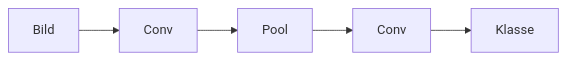
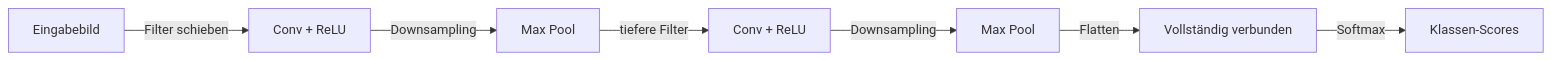
Before and after one commit to EmersonBraun/ai-summary-hub: the diagram in i18n/de/docusaurus-plugin-content-docs/current/neural-networks/cnn.md, drawn with Mermaid. The commit also changed other lines of this file and 178 other files, not shown here.

````diff
--- a/i18n/de/docusaurus-plugin-content-docs/current/neural-networks/cnn.md
+++ b/i18n/de/docusaurus-plugin-content-docs/current/neural-networks/cnn.md
@@ -17,7 +21,9 @@
 ```mermaid
 flowchart LR
-  Image[Bild] --> Conv[Conv]
-  Conv --> Pool[Pool]
-  Pool --> Conv2[Conv]
-  Conv2 --> Class[Klasse]
+  Image[Eingabebild] -->|Filter schieben| Conv1[Conv + ReLU]
+  Conv1 -->|Downsampling| Pool1[Max Pool]
+  Pool1 -->|tiefere Filter| Conv2[Conv + ReLU]
+  Conv2 -->|Downsampling| Pool2[Max Pool]
+  Pool2 -->|Flatten| FC[Vollständig verbunden]
+  FC -->|Softmax| Class[Klassen-Scores]
 ```
````
